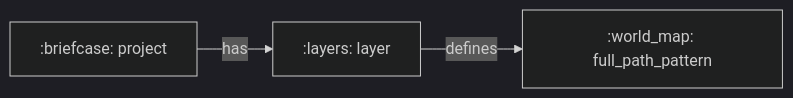
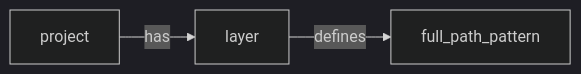
One commit to ThanuMahee12/AgentContext changed diagram 15 of 22 in docs/brainstorms/investigation-db.md. Above: the diagram before and after it, drawn with Mermaid (dark theme). The commit also changed other lines of this file, not shown here.

Commit message:
docs: remove emoji shortcodes from mermaid diagrams

````diff
--- a/docs/brainstorms/investigation-db.md
+++ b/docs/brainstorms/investigation-db.md
@@ -423,5 +423,5 @@
 ```mermaid
 flowchart LR
-    P[":briefcase: project"] -->|has| L[":layers: layer"]
-    L -->|defines| FPP[":world_map: full_path_pattern"]
+    P["project"] -->|has| L["layer"]
+    L -->|defines| FPP["full_path_pattern"]
 ```
````
